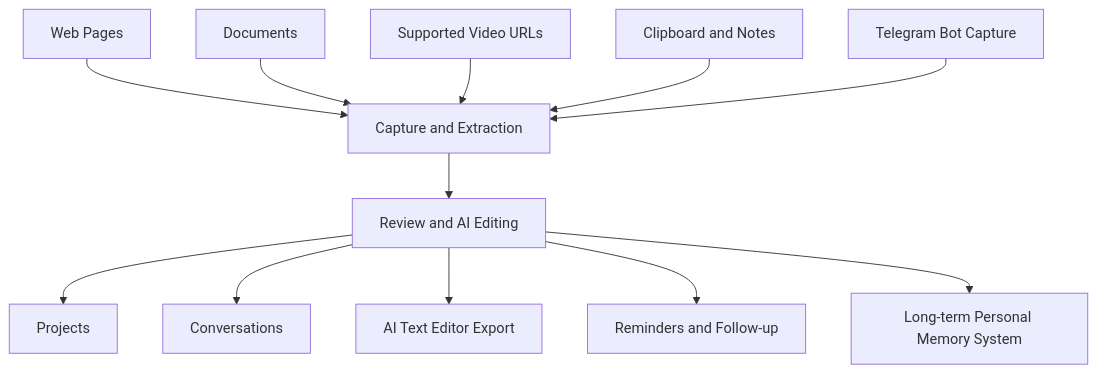
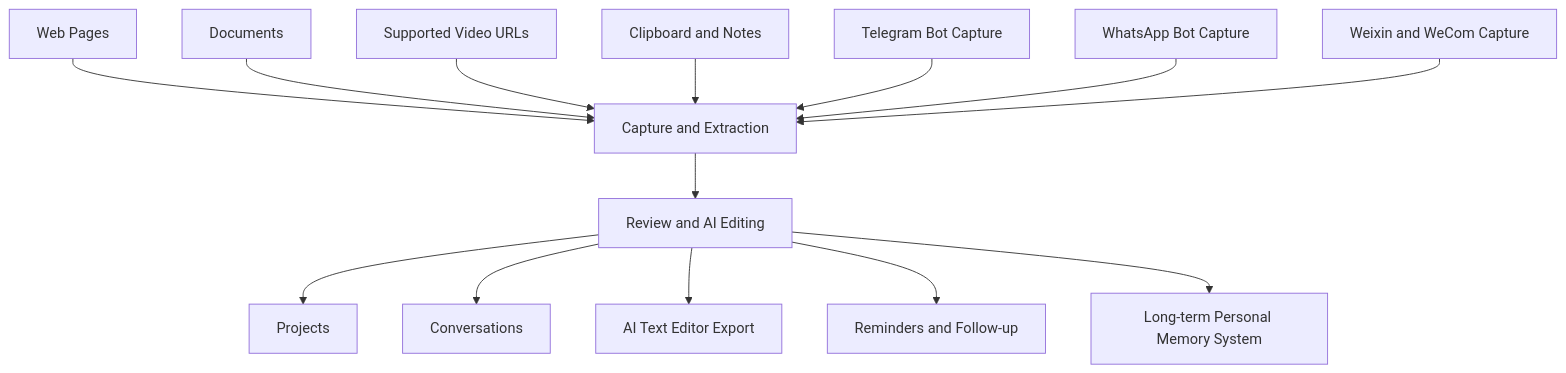
Before and after one commit to 3k1c/insightcap-community: the first of 2 diagrams in README.md, drawn with Mermaid. The commit also changed other lines of this file and 4 other files, not shown here.

````diff
--- a/README.md
+++ b/README.md
@@ -56,15 +57,17 @@
 ```mermaid
 flowchart TD
     A1[Web Pages] --> B[Capture and Extraction]
     A2[Documents] --> B
     A3[Supported Video URLs] --> B
     A4[Clipboard and Notes] --> B
     A5[Telegram Bot Capture] --> B
+    A6[WhatsApp Bot Capture] --> B
+    A7[Weixin and WeCom Capture] --> B
 
     B --> C[Review and AI Editing]
     C --> D1[Projects]
     C --> D2[Conversations]
     C --> D3[AI Text Editor Export]
     C --> D4[Reminders and Follow-up]
     C --> E[Long-term Personal Memory System]
 ```
````
